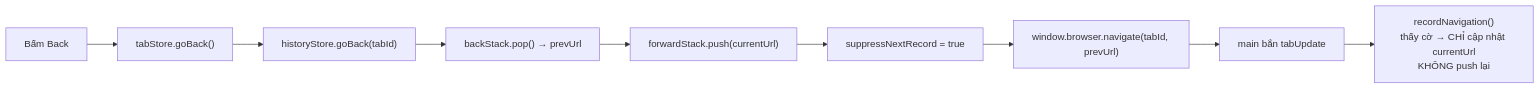
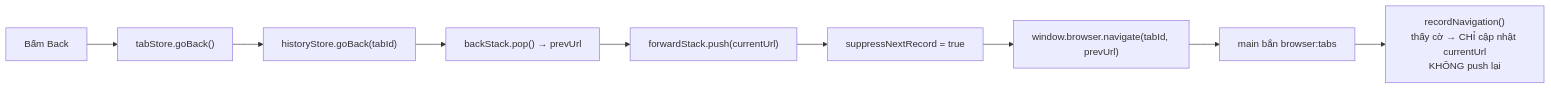
One commit to KietAnhCS/CocCoc-Plus changed the sixth of 7 diagrams in docs/FRONTEND.md. Above: the diagram before and after it, drawn with Mermaid. The commit also changed other lines of this file and 73 other files, not shown here.

First line of the commit message:
docs: fix drift and add diagrams (#22)

````diff
--- a/docs/FRONTEND.md
+++ b/docs/FRONTEND.md
@@ -487,11 +515,11 @@
 ```mermaid
 flowchart LR
     B["Bấm Back"] --> TS["tabStore.goBack()"]
     TS --> HS["historyStore.goBack(tabId)"]
     HS --> P1["backStack.pop() → prevUrl"]
     P1 --> P2["forwardStack.push(currentUrl)"]
     P2 --> P3["suppressNextRecord = true"]
     P3 --> NAV["window.browser.navigate(tabId, prevUrl)"]
-    NAV --> UPD["main bắn tabUpdate"]
+    NAV --> UPD["main bắn browser:tabs"]
     UPD --> REC["recordNavigation()<br/>thấy cờ → CHỈ cập nhật currentUrl<br/>KHÔNG push lại"]
 ```
````
